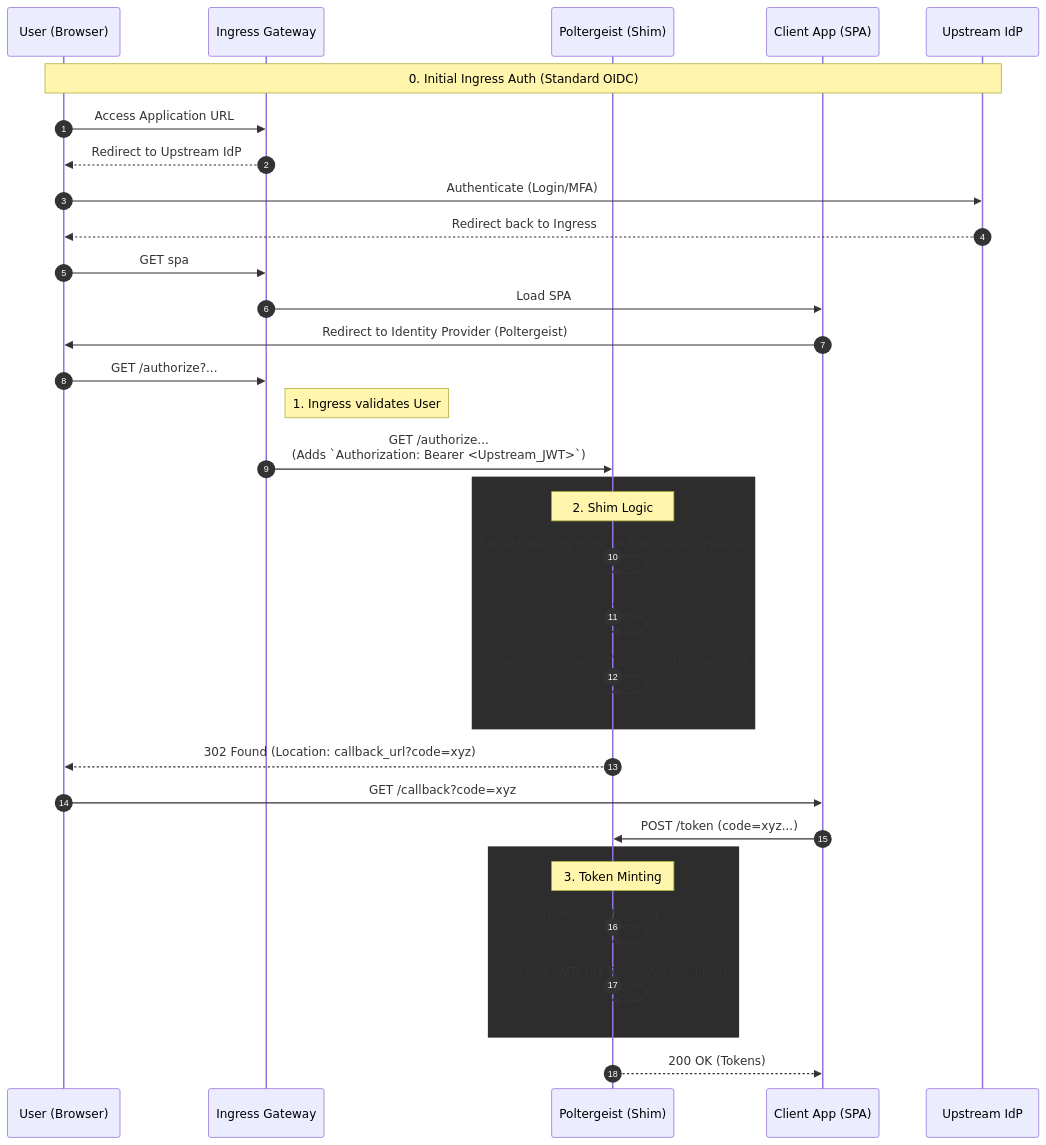
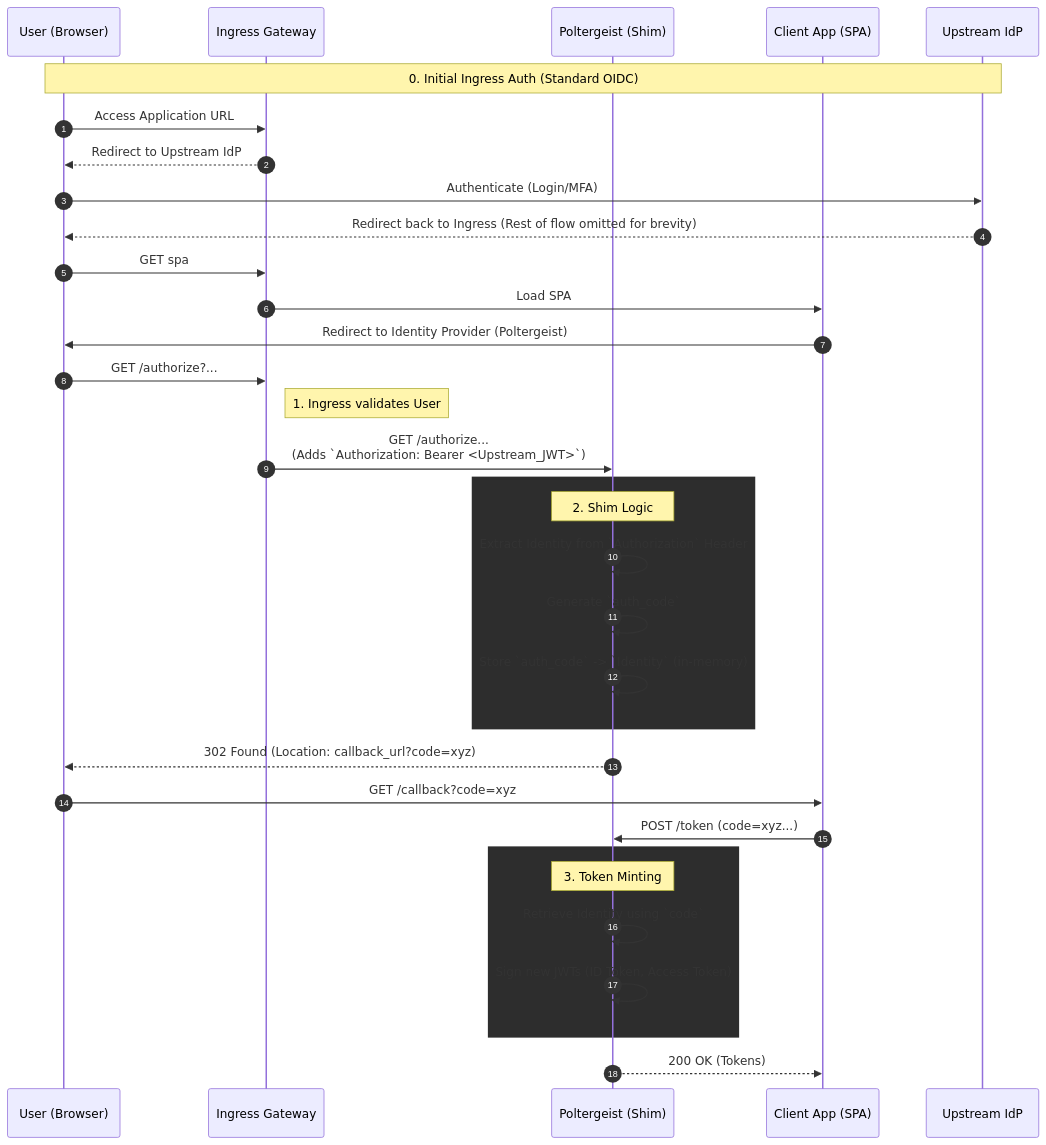
Before and after one commit to calamity-m/poltergeist: the diagram in README.md, drawn with Mermaid.

Commit message:
fix: add ommision comment to diagram

````diff
--- a/README.md
+++ b/README.md
@@ -15,43 +15,43 @@
 ```mermaid
 sequenceDiagram
     autonumber
     participant User as User (Browser)
     participant Ingress as Ingress Gateway
     participant Poltergeist as Poltergeist (Shim)
     participant Client as Client App (SPA)
     participant Upstream as Upstream IdP
 
     Note over User, Upstream: 0. Initial Ingress Auth (Standard OIDC)
     User->>Ingress: Access Application URL
     Ingress-->>User: Redirect to Upstream IdP
     User->>Upstream: Authenticate (Login/MFA)
-    Upstream-->>User: Redirect back to Ingress
+    Upstream-->>User: Redirect back to Ingress (Rest of flow omitted for brevity)
     
     User->>Ingress: GET spa
     Ingress->>Client: Load SPA
     Client->>User: Redirect to Identity Provider (Poltergeist)
     
     User->>Ingress: GET /authorize?...
     Note right of Ingress: 1. Ingress validates User
     Ingress->>Poltergeist: GET /authorize... <br/>(Adds `Authorization: Bearer <Upstream_JWT>`)
     
     rect rgb(45, 45, 45)
     Note over Poltergeist: 2. Shim Logic
     Poltergeist->>Poltergeist: Extract Identity from `Authorization` Header
     Poltergeist->>Poltergeist: Generate `auth_code`
     Poltergeist->>Poltergeist: Store `auth_code` -> `Identity` (in-memory)
     end
     
     Poltergeist-->>User: 302 Found (Location: callback_url?code=xyz)
     
     User->>Client: GET /callback?code=xyz
     Client->>Poltergeist: POST /token (code=xyz...)
     
     rect rgb(45, 45, 45)
     Note over Poltergeist: 3. Token Minting
     Poltergeist->>Poltergeist: Retrieve Identity using `code`
     Poltergeist->>Poltergeist: Sign new JWTs (ID Token, Access Token)
     end
     
     Poltergeist-->>Client: 200 OK (Tokens)
 ```
````
